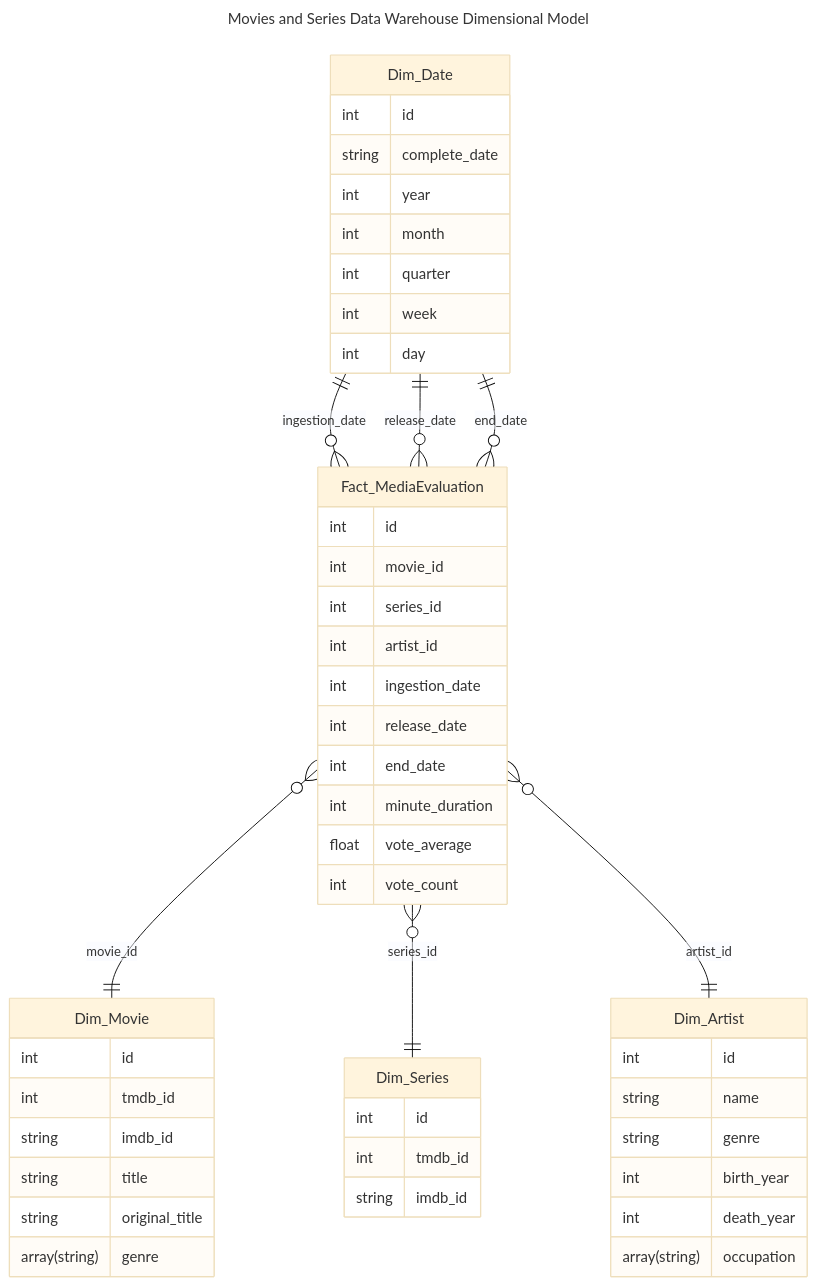
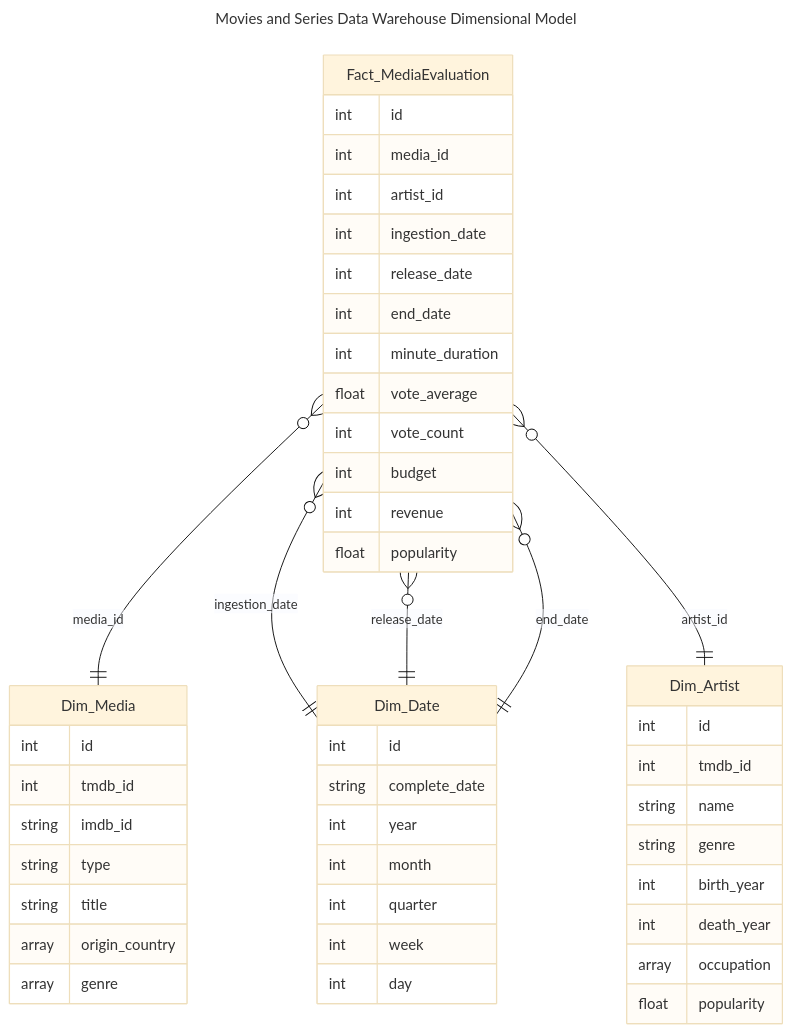
Before and after one commit to GustavCampos/Programa-de-bolsas-Compasso: the diagram in Sprint 9/Desafios/dimensional_modeling.mmd, drawn with Mermaid (base theme). The commit also changed 1 other file, not shown here.

```diff
--- a/Sprint 9/Desafios/dimensional_modeling.mmd
+++ b/Sprint 9/Desafios/dimensional_modeling.mmd
@@ -1,65 +1,65 @@
 ---
 
 title: Movies and Series Data Warehouse Dimensional Model
 
 ---
 
 erDiagram
+    Fact_MediaEvaluation {
+        int id
+        int media_id
+        int artist_id
+
+        int ingestion_date
+        int release_date
+        int end_date
+
+        int minute_duration
+        float vote_average
+        int vote_count
+        int budget
+        int revenue
+        float popularity
+
+    }
+
     Dim_Date {
         int id
         string complete_date
         int year
         int month
         int quarter
         int week
         int day
     }
 
-    Dim_Movie {
+    Dim_Media {
         int id
         int tmdb_id
         string imdb_id
 
+        string type
         string title
-        string original_title
-        array(string) genre
-    }
-
-    Fact_MediaEvaluation {
-        int id
-        int movie_id
-        int series_id
-        int artist_id
-
-        int ingestion_date
-        int release_date
-        int end_date
-
-        int minute_duration
-        float vote_average
-        int vote_count
-    }
-
-    Dim_Series {
-        int id
-        int tmdb_id
-        string imdb_id
+        array origin_country
+        array genre
     }
 
     Dim_Artist {
         int id
+        int tmdb_id
         string name
         string genre
         int birth_year
         int death_year
-        array(string) occupation
+        %%occupation == job for crew%%
+        array occupation 
+        float popularity
     }
 
+    Fact_MediaEvaluation }o--|| Dim_Media : media_id
 
-    Fact_MediaEvaluation }o--|| Dim_Movie : movie_id
-    Fact_MediaEvaluation }o--|| Dim_Series : series_id
+    Fact_MediaEvaluation }o--|| Dim_Date : ingestion_date
+    Fact_MediaEvaluation }o--|| Dim_Date : release_date
+    Fact_MediaEvaluation }o--|| Dim_Date : end_date
+
     Fact_MediaEvaluation }o--|| Dim_Artist : artist_id
-
-    Dim_Date ||--o{ Fact_MediaEvaluation : ingestion_date
-    Dim_Date ||--o{ Fact_MediaEvaluation : release_date
-    Dim_Date ||--o{ Fact_MediaEvaluation : end_date
```
